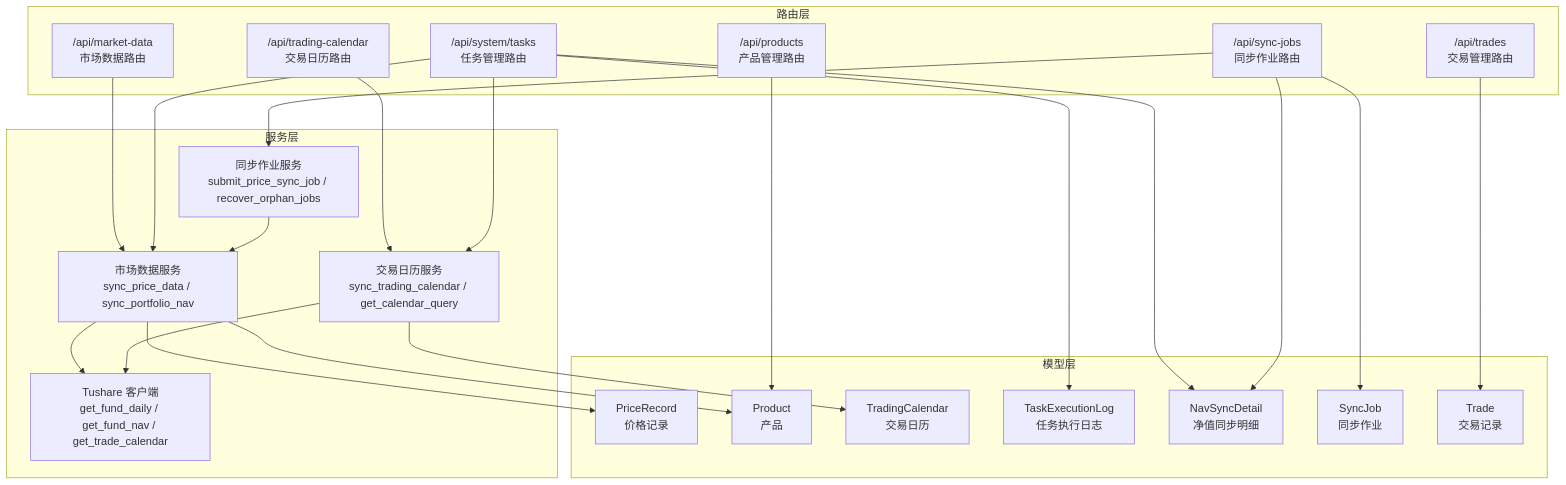
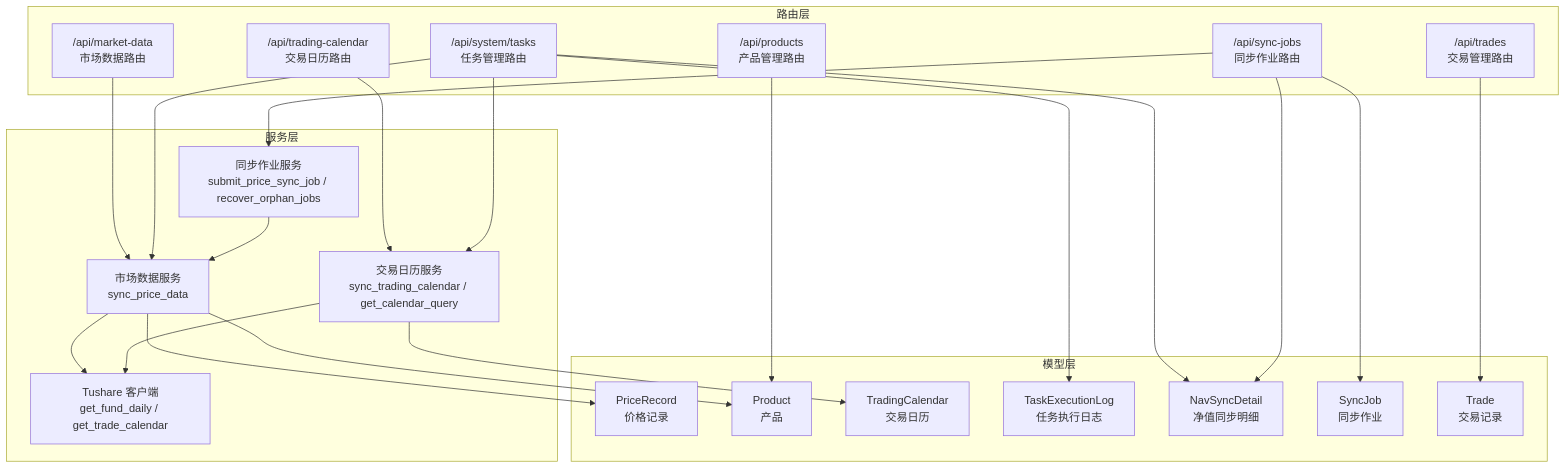
The first of 9 diagrams in .qoder/repowiki/zh/content/后端API文档/数据同步API.md (gujialind/InvestRing), drawn with Mermaid before and after one commit. The commit also changed other lines of this file and 6 other files, not shown here.

````diff
--- a/.qoder/repowiki/zh/content/后端API文档/数据同步API.md
+++ b/.qoder/repowiki/zh/content/后端API文档/数据同步API.md
@@ -73,43 +71,43 @@
 ```mermaid
 graph TB
 subgraph "路由层"
 R1["/api/market-data<br/>市场数据路由"]
 R2["/api/trading-calendar<br/>交易日历路由"]
 R3["/api/system/tasks<br/>任务管理路由"]
 R4["/api/sync-jobs<br/>同步作业路由"]
 R5["/api/products<br/>产品管理路由"]
 R6["/api/trades<br/>交易管理路由"]
 end
 subgraph "服务层"
-S1["市场数据服务<br/>sync_price_data / sync_portfolio_nav"]
+S1["市场数据服务<br/>sync_price_data"]
 S2["交易日历服务<br/>sync_trading_calendar / get_calendar_query"]
-S3["Tushare 客户端<br/>get_fund_daily / get_fund_nav / get_trade_calendar"]
+S3["Tushare 客户端<br/>get_fund_daily / get_trade_calendar"]
 S4["同步作业服务<br/>submit_price_sync_job / recover_orphan_jobs"]
 end
 subgraph "模型层"
 M1["PriceRecord<br/>价格记录"]
 M2["Product<br/>产品"]
 M3["TradingCalendar<br/>交易日历"]
 M4["TaskExecutionLog<br/>任务执行日志"]
 M5["NavSyncDetail<br/>净值同步明细"]
 M6["SyncJob<br/>同步作业"]
 M7["Trade<br/>交易记录"]
 end
 R1 --> S1
 R2 --> S2
 R3 --> S1
 R3 --> S2
 R4 --> S4
 R5 --> M2
 R6 --> M7
 S1 --> S3
 S2 --> S3
 S4 --> S1
 S1 --> M1
 S1 --> M2
 S2 --> M3
 R3 --> M4
 R3 --> M5
 R4 --> M6
 R4 --> M5
 ```
````
